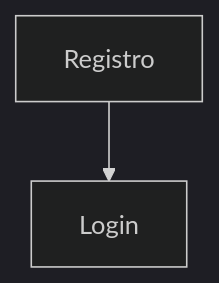
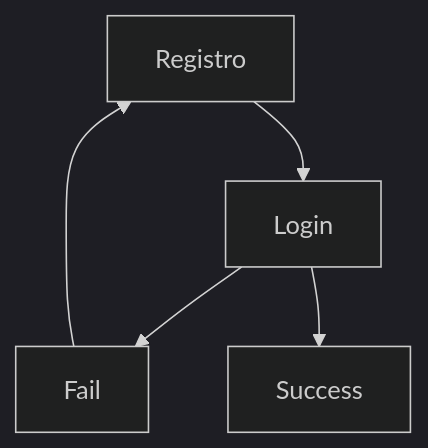
One commit to jonathanahf/Mission-FrontEnd changed the diagram in Practicas_de_Intro_a_Frontend/requerimientos.md. Above: the diagram before and after it, drawn with Mermaid (dark theme).

Commit message:
Cambios avance1

````diff
--- a/Practicas_de_Intro_a_Frontend/requerimientos.md
+++ b/Practicas_de_Intro_a_Frontend/requerimientos.md
@@ -58,5 +58,8 @@
 ```mermaid
 graph TD;
     Registro-->Login;
+    Login-->Fail;
+    Login-->Success;
+    Fail-->Registro;
     
 ```
````
